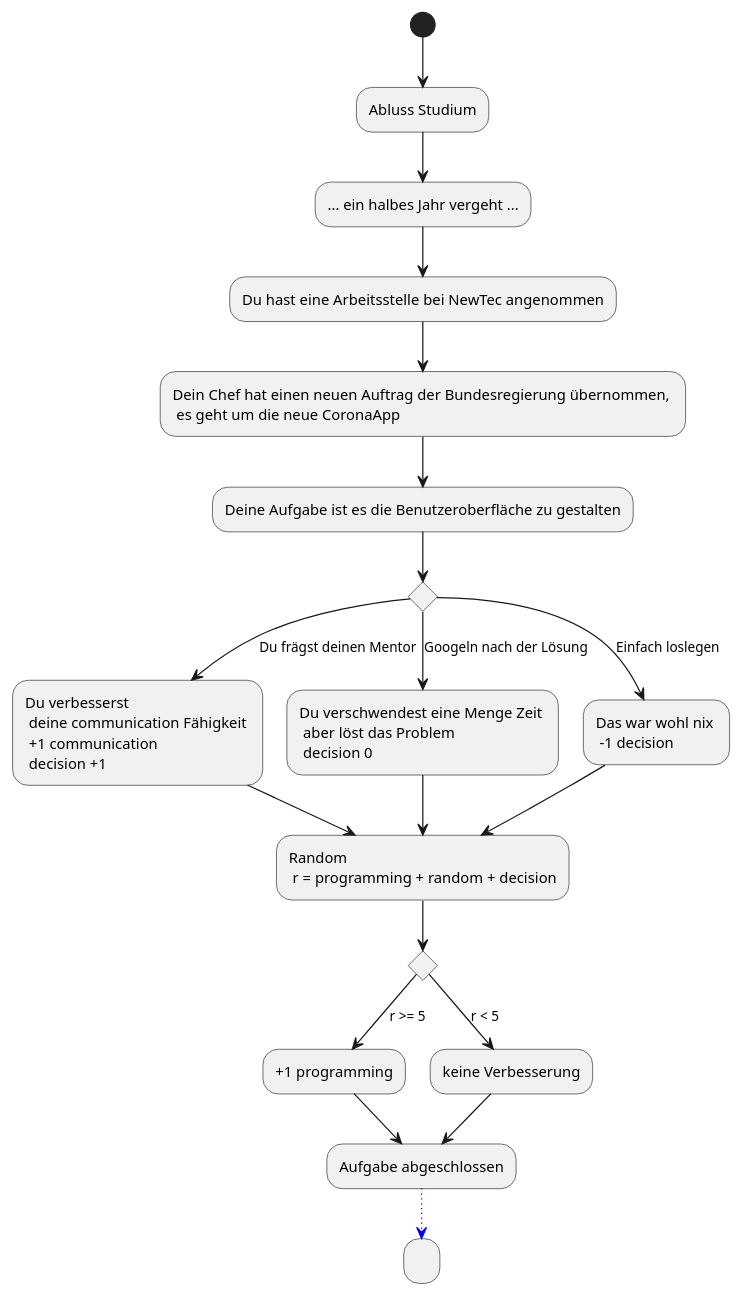
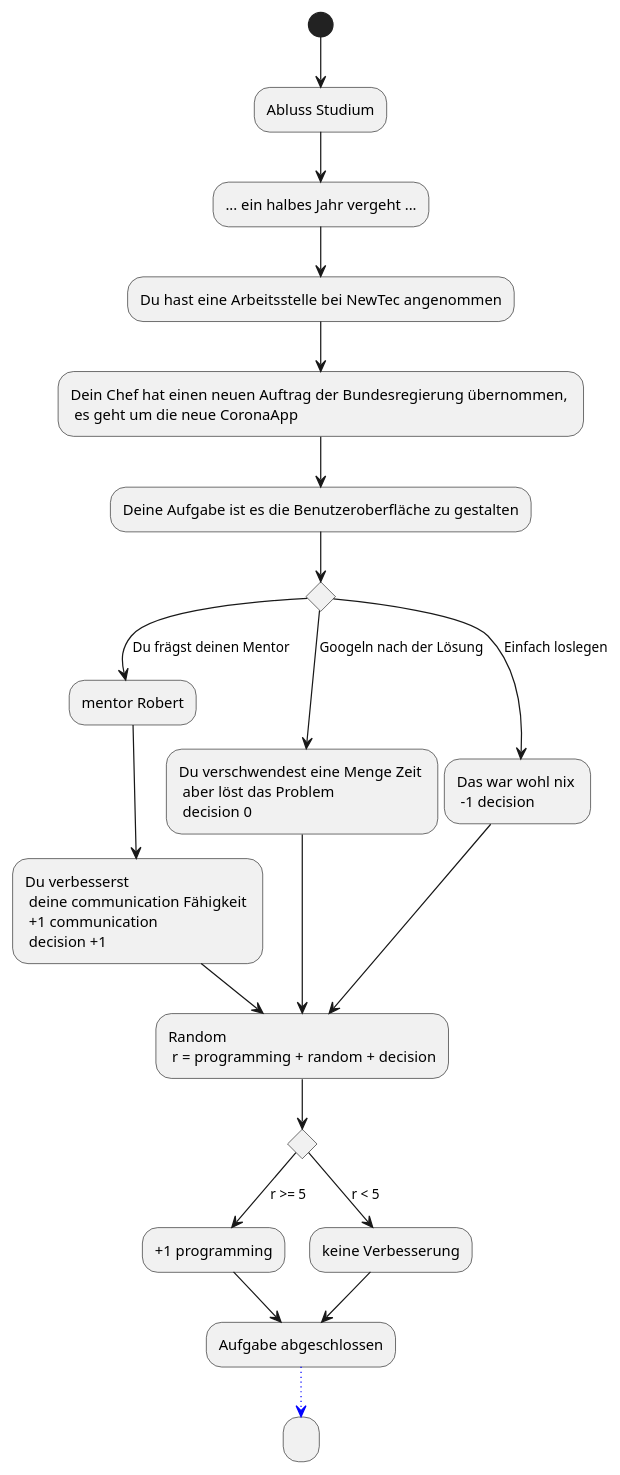
The diagram in Docs/Technical Specifications/docs/diagrams/StoryFlow/StoryFlow_Decision_4.puml (Brotenko/QualityQuest), drawn with PlantUML before and after one commit. The commit also changed 2 other files, not shown here.

Commit message:
A few more StoryFlowDecisions diagrams.

```diff
--- a/Docs/Technical Specifications/docs/diagrams/StoryFlow/StoryFlow_Decision_4.puml
+++ b/Docs/Technical Specifications/docs/diagrams/StoryFlow/StoryFlow_Decision_4.puml
@@ -1,32 +1,33 @@
 @startuml
 (*) --> "Abluss Studium" as as
 --> "... ein halbes Jahr vergeht ..."
 --> "Du hast eine Arbeitsstelle bei NewTec angenommen"
 --> "Dein Chef hat einen neuen Auftrag der Bundesregierung übernommen, \n es geht um die neue CoronaApp" as a1
 --> "Deine Aufgabe ist es die Benutzeroberfläche zu gestalten"
 if "" then
---> [Du frägst deinen Mentor] "Du verbesserst \n deine communication Fähigkeit \n +1 communication \n decision +1" as a
+--> [Du frägst deinen Mentor] "mentor Robert"
+--> "Du verbesserst \n deine communication Fähigkeit \n +1 communication \n decision +1" as a
 else
 --> [Googeln nach der Lösung] "Du verschwendest eine Menge Zeit \n aber löst das Problem \n decision 0" as b
 else
 --> [Einfach loslegen] "Das war wohl nix \n -1 decision" as c
 
 a --> "Random \n r = programming + random + decision" as r
 b --> r
 c --> r
 
 if "" then
 --> [r >= 5] "+1 programming" as p1
 else
 --> [r < 5] "keine Verbesserung"
 
 --> "Aufgabe abgeschlossen" as aa
 
 p1 --> aa
 
 
 -[#blue,dotted]-> "   "
 
 
 
 @enduml
```
